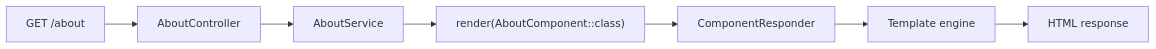
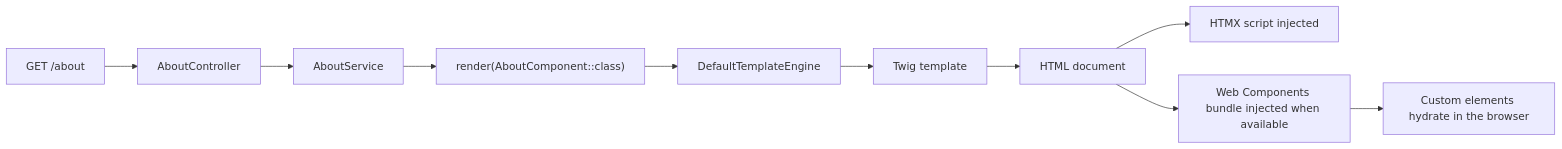
One commit to assegaiphp/core changed the diagram in docs/pages-and-components.md. Above: the diagram before and after it, drawn with Mermaid. The commit also changed other lines of this file and 2 other files, not shown here.

Commit message:
feat: enhance documentation for Pages and Components, adding details on HTMX and Web Components integration

````diff
--- a/docs/pages-and-components.md
+++ b/docs/pages-and-components.md
@@ -147,9 +357,12 @@
 ```mermaid
 flowchart LR
   A["GET /about"] --> B["AboutController"]
   B --> C["AboutService"]
   C --> D["render(AboutComponent::class)"]
-  D --> E["ComponentResponder"]
-  E --> F["Template engine"]
-  F --> G["HTML response"]
+  D --> E["DefaultTemplateEngine"]
+  E --> F["Twig template"]
+  F --> G["HTML document"]
+  G --> H["HTMX script injected"]
+  G --> I["Web Components bundle injected when available"]
+  I --> J["Custom elements hydrate in the browser"]
 ```
````
